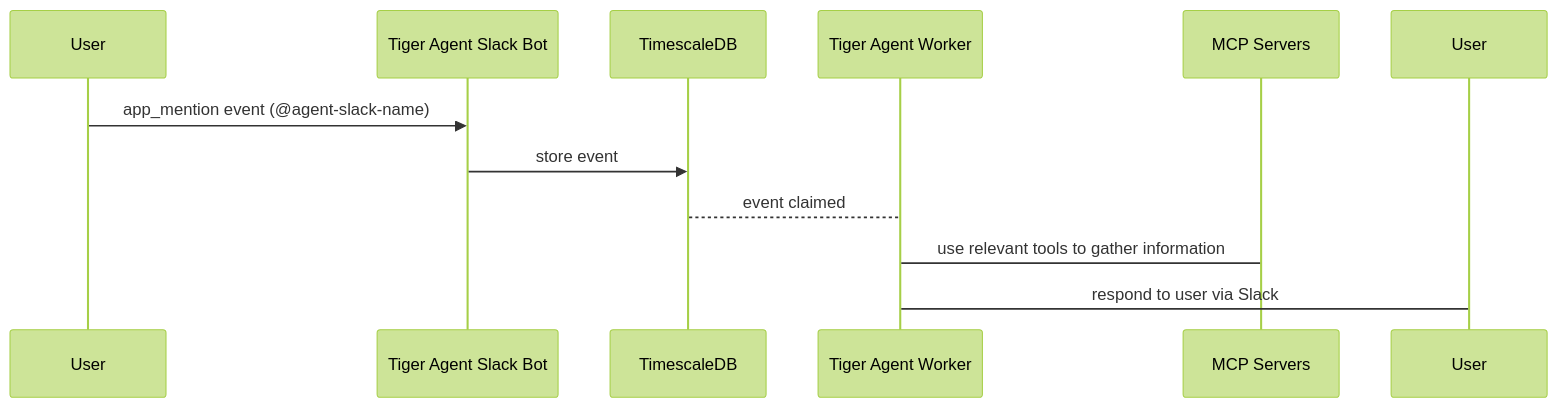
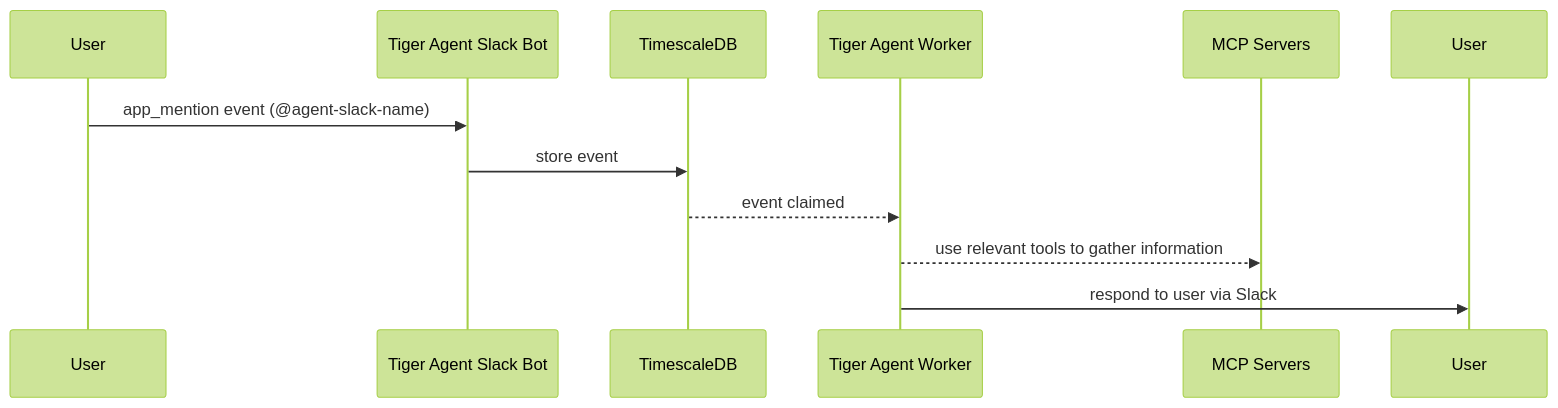
Before and after one commit to timescale/tiger-agents-for-work: the diagram in README.md, drawn with Mermaid (forest theme).

````diff
--- a/README.md
+++ b/README.md
@@ -26,14 +26,14 @@
 ```mermaid
 sequenceDiagram
     participant U as User
     participant TAB as Tiger Agent Slack Bot
     participant TSDB as TimescaleDB
     participant TAW as Tiger Agent Worker
     participant MCP as MCP Servers
 
     U->>TAB: app_mention event (@agent-slack-name)
     TAB->>TSDB: store event
-    TSDB-->TAW: event claimed
-    TAW->MCP: use relevant tools to gather information
-    TAW->User: respond to user via Slack
+    TSDB-->>TAW: event claimed
+    TAW-->>MCP: use relevant tools to gather information
+    TAW->>User: respond to user via Slack
 ```
````
